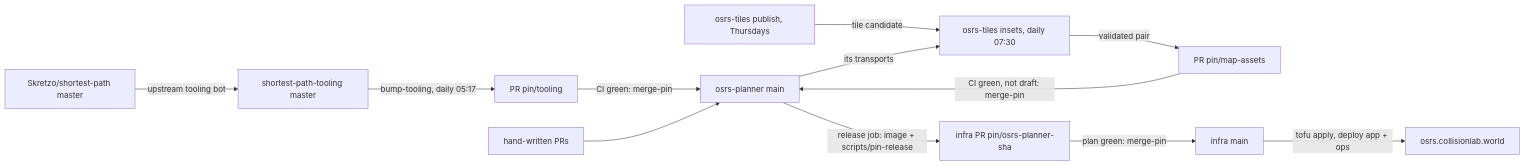
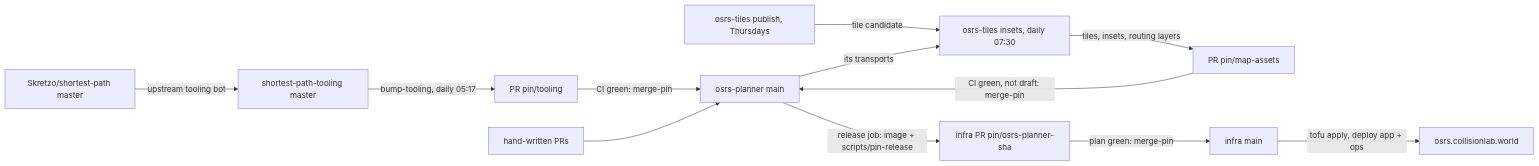
Before and after one commit to collisionlab/osrs-planner: the diagram in docs/deployment.md, drawn with Mermaid. The commit also changed other lines of this file and 1 other file, not shown here.

First line of the commit message:
Document automatic routing layers; list stale ones as a follow-up

````diff
--- a/docs/deployment.md
+++ b/docs/deployment.md
@@ -27,14 +27,14 @@
 ```mermaid
 flowchart LR
   upPlugin[Skretzo/shortest-path master] -->|upstream tooling bot| upTooling[shortest-path-tooling master]
   upTooling -->|bump-tooling, daily 05:17| pinTooling[PR pin/tooling]
   tilesRepo[osrs-tiles publish, Thursdays] -->|tile candidate| insets[osrs-tiles insets, daily 07:30]
   main -->|its transports| insets
-  insets -->|validated pair| pinAssets[PR pin/map-assets]
+  insets -->|tiles, insets, routing layers| pinAssets[PR pin/map-assets]
   pinTooling -->|CI green: merge-pin| main[osrs-planner main]
   pinAssets -->|CI green, not draft: merge-pin| main
   human[hand-written PRs] --> main
   main -->|release job: image + scripts/pin-release| pinRelease[infra PR pin/osrs-planner-sha]
   pinRelease -->|plan green: merge-pin| infraMain[infra main]
   infraMain -->|tofu apply, deploy app + ops| live[osrs.collisionlab.world]
 ```
````
